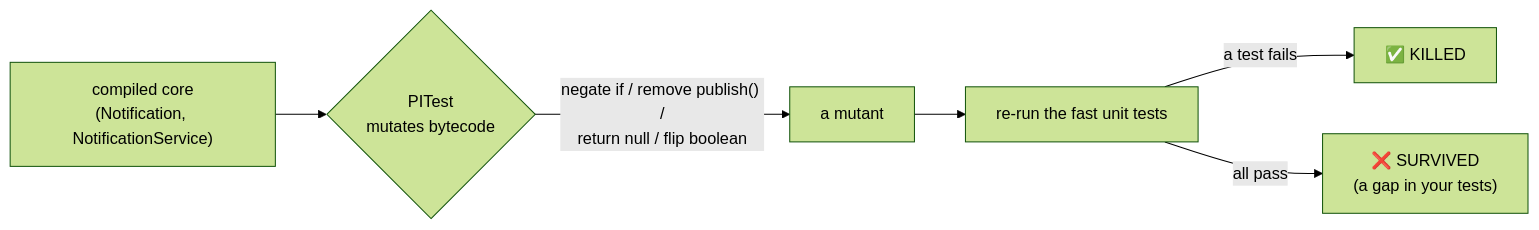
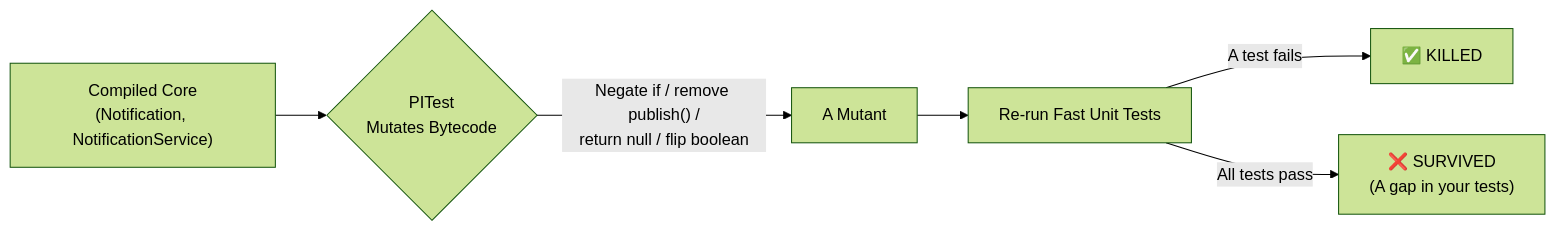
The diagram in steps/step-28/lesson.md (ramishtaha/build-a-bank), drawn with Mermaid (forest theme) before and after one commit. The commit also changed other lines of this file and 4 other files, not shown here.

````diff
--- a/steps/step-28/lesson.md
+++ b/steps/step-28/lesson.md
@@ -116,8 +121,8 @@
 ```mermaid
 flowchart LR
-    SRC["compiled core\n(Notification, NotificationService)"] --> M{"PITest\nmutates bytecode"}
-    M -->|"negate if / remove publish() /\nreturn null / flip boolean"| MUT["a mutant"]
-    MUT --> RUN["re-run the fast unit tests"]
-    RUN -->|a test fails| K["✅ KILLED"]
-    RUN -->|all pass| S["❌ SURVIVED\n(a gap in your tests)"]
+    SRC["Compiled Core\n(Notification, NotificationService)"] --> M{"PITest\nMutates Bytecode"}
+    M -->|"Negate if / remove publish() /\nreturn null / flip boolean"| MUT["A Mutant"]
+    MUT --> RUN["Re-run Fast Unit Tests"]
+    RUN -->|A test fails| K["✅ KILLED"]
+    RUN -->|All tests pass| S["❌ SURVIVED\n(A gap in your tests)"]
 ```
````
